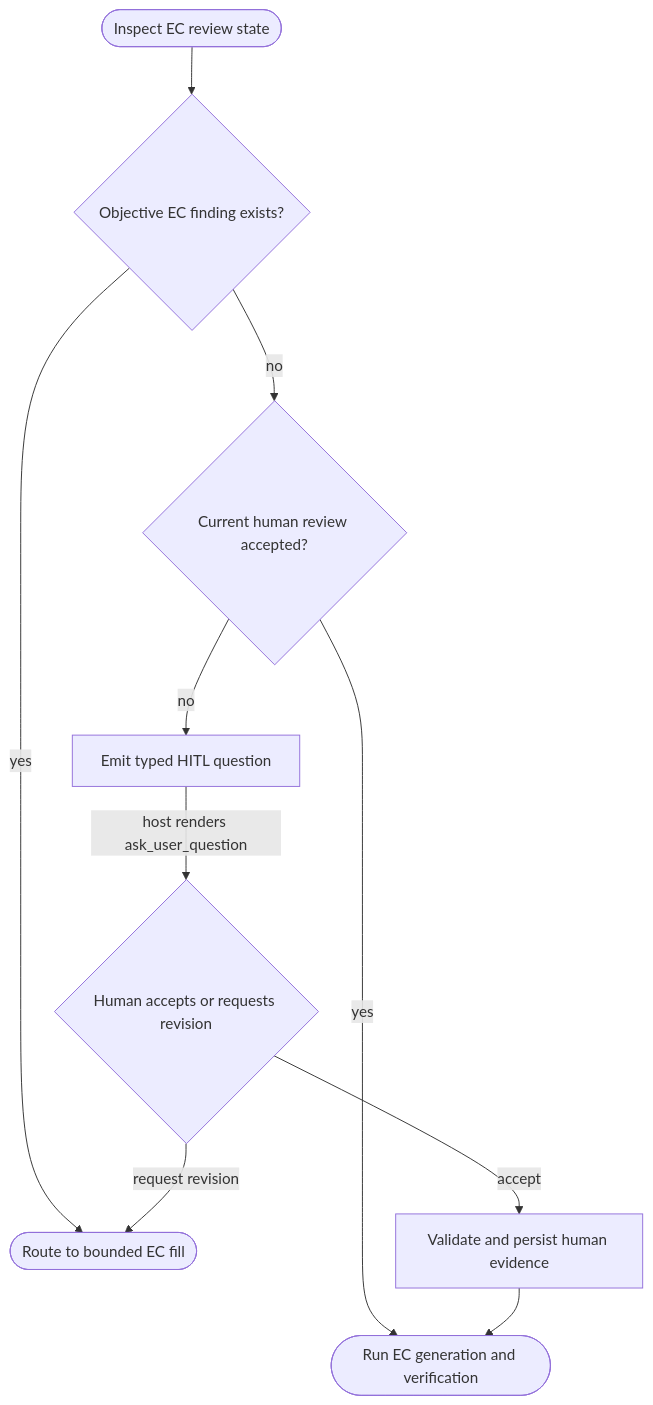
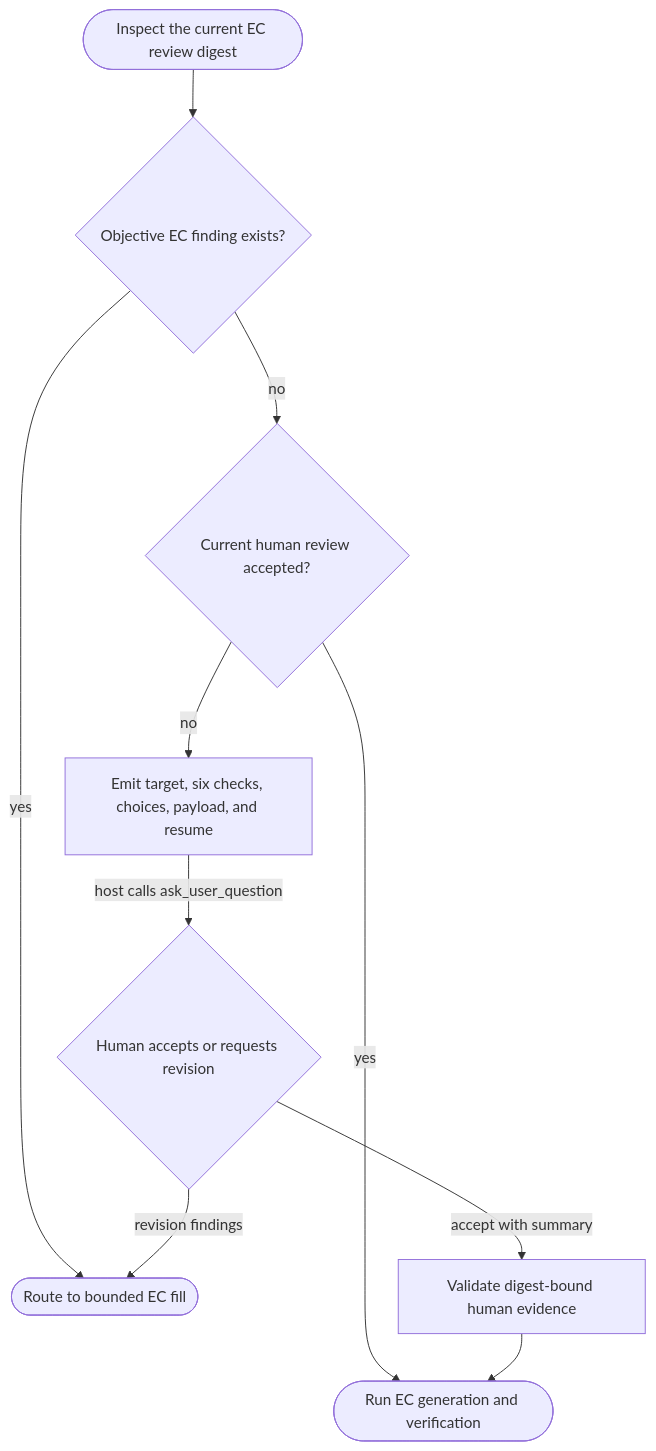
Before and after one commit to chrischeng-c4/axiom: the first of 2 diagrams in apps/agentic-workflow/tech-design/logic/emit-actionable-hitl-questions-for-pending-ec-review.md, drawn with Mermaid. The commit also changed other lines of this file, not shown here.

Commit message:
td(1806) — contract section: logic
Lifecycle-Slug: 1806
Work-Item: 1806
Lifecycle-Stage: Td-Section
Lifecycle-Phase: td_contract_in_progress
Lifecycle-Pass: contract
TD-Section: logic
Previous-Phase: td_applicability_created
Next-Phase: td_contract_in_progress
Next-Command: aw td create

````diff
--- a/apps/agentic-workflow/tech-design/logic/emit-actionable-hitl-questions-for-pending-ec-review.md
+++ b/apps/agentic-workflow/tech-design/logic/emit-actionable-hitl-questions-for-pending-ec-review.md
@@ -10,35 +10,35 @@
 ```mermaid
 ---
 id: emit-actionable-hitl-questions-for-pending-ec-review-flow
 entry: inspect
 nodes:
-  inspect: { kind: start, label: "Inspect EC review state" }
+  inspect: { kind: start, label: "Inspect the current EC review digest" }
   objective: { kind: decision, label: "Objective EC finding exists?" }
   revise: { kind: terminal, label: "Route to bounded EC fill" }
   evidence: { kind: decision, label: "Current human review accepted?" }
-  question: { kind: process, label: "Emit typed HITL question" }
+  question: { kind: process, label: "Emit target, six checks, choices, payload, and resume" }
   human: { kind: decision, label: "Human accepts or requests revision" }
-  persist: { kind: process, label: "Validate and persist human evidence" }
+  persist: { kind: process, label: "Validate digest-bound human evidence" }
   generate: { kind: terminal, label: "Run EC generation and verification" }
 edges:
   - { from: inspect, to: objective }
   - { from: objective, to: revise, label: "yes" }
   - { from: objective, to: evidence, label: "no" }
   - { from: evidence, to: generate, label: "yes" }
   - { from: evidence, to: question, label: "no" }
-  - { from: question, to: human, label: "host renders ask_user_question" }
-  - { from: human, to: persist, label: "accept" }
-  - { from: human, to: revise, label: "request revision" }
+  - { from: question, to: human, label: "host calls ask_user_question" }
+  - { from: human, to: persist, label: "accept with summary" }
+  - { from: human, to: revise, label: "revision findings" }
   - { from: persist, to: generate }
 ---
 flowchart TD
-    inspect([Inspect EC review state]) --> objective{Objective EC finding exists?}
+    inspect([Inspect the current EC review digest]) --> objective{Objective EC finding exists?}
     objective -->|yes| revise([Route to bounded EC fill])
     objective -->|no| evidence{Current human review accepted?}
     evidence -->|yes| generate([Run EC generation and verification])
-    evidence -->|no| question[Emit typed HITL question]
-    question -->|host renders ask_user_question| human{Human accepts or requests revision}
-    human -->|accept| persist[Validate and persist human evidence]
-    human -->|request revision| revise
+    evidence -->|no| question[Emit target, six checks, choices, payload, and resume]
+    question -->|host calls ask_user_question| human{Human accepts or requests revision}
+    human -->|accept with summary| persist[Validate digest-bound human evidence]
+    human -->|revision findings| revise
     persist --> generate
 ```
````
